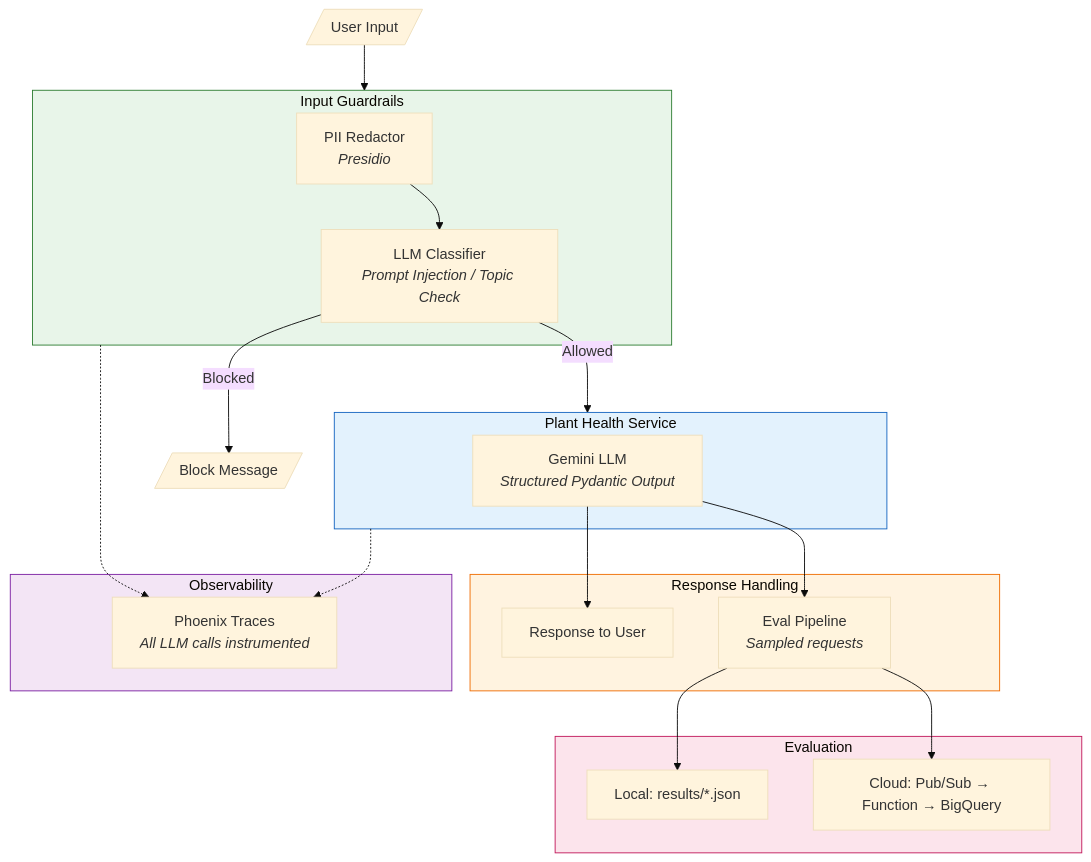
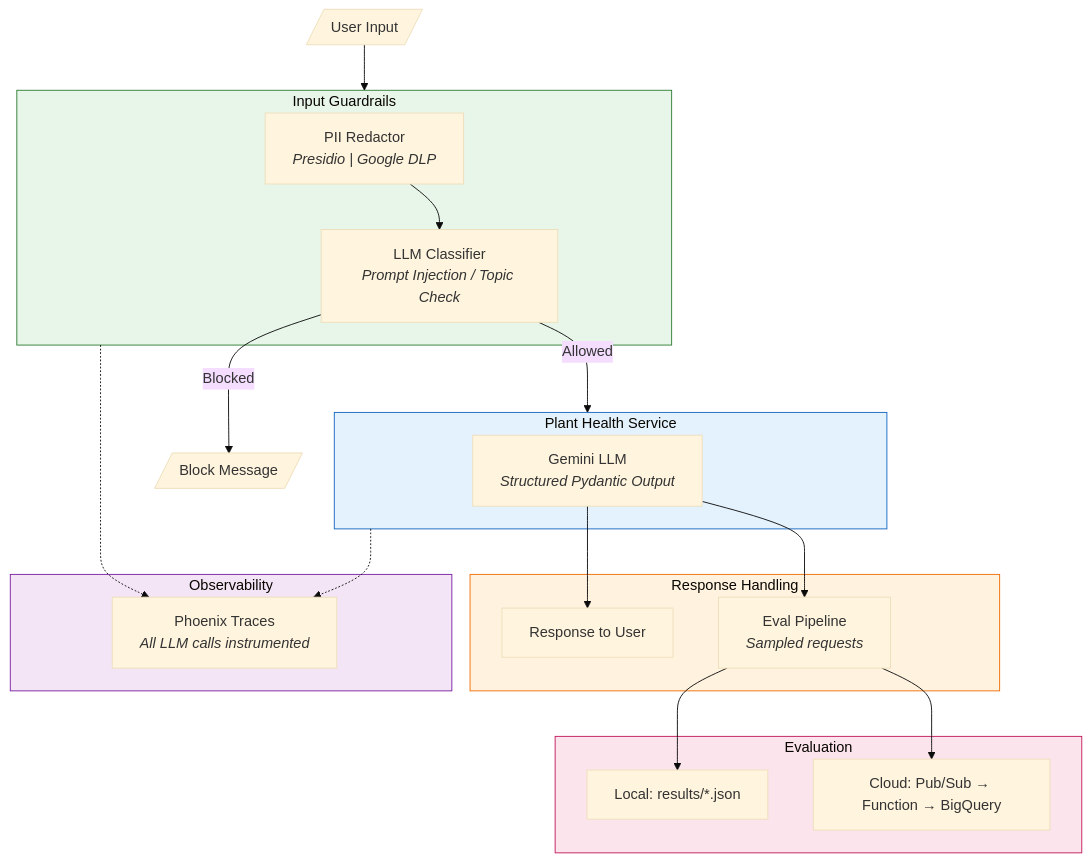
One commit to jlmontie/plant-health-summary changed the diagram in README.md. Above: the diagram before and after it, drawn with Mermaid (base theme).

````diff
--- a/README.md
+++ b/README.md
@@ -17,43 +17,43 @@
 ```mermaid
 flowchart TB
     subgraph Input["Input Guardrails"]
-        PII["PII Redactor<br/><i>Presidio</i>"]
+        PII["PII Redactor<br/><i>Presidio | Google DLP</i>"]
         CLASS["LLM Classifier<br/><i>Prompt Injection / Topic Check</i>"]
         PII --> CLASS
     end
 
     subgraph Core["Plant Health Service"]
         LLM["Gemini LLM<br/><i>Structured Pydantic Output</i>"]
     end
 
     subgraph Output["Response Handling"]
         USER["Response to User"]
         EVAL["Eval Pipeline<br/><i>Sampled requests</i>"]
     end
 
     subgraph Eval["Evaluation"]
         LOCAL["Local: results/*.json"]
         CLOUD["Cloud: Pub/Sub → Function → BigQuery"]
     end
 
     subgraph Observe["Observability"]
         PHOENIX["Phoenix Traces<br/><i>All LLM calls instrumented</i>"]
     end
 
     INPUT[/"User Input"/] --> Input
     CLASS -->|"Allowed"| Core
     CLASS -->|"Blocked"| BLOCK[/"Block Message"/]
     LLM --> USER
     LLM --> EVAL
     EVAL --> LOCAL
     EVAL --> CLOUD
     
     Input -.-> PHOENIX
     Core -.-> PHOENIX
 
     style Input fill:#e8f5e9,stroke:#2e7d32
     style Core fill:#e3f2fd,stroke:#1565c0
     style Output fill:#fff3e0,stroke:#ef6c00
     style Eval fill:#fce4ec,stroke:#c2185b
     style Observe fill:#f3e5f5,stroke:#7b1fa2
 ```
````
